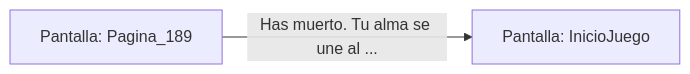
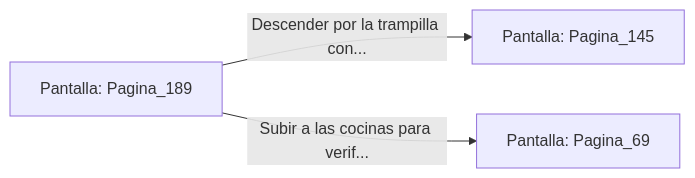
Before and after one commit to metsuke/mpl: the diagram in sample/eligejuego-vault/Pantalla_Pagina_189.md, drawn with Mermaid. The commit also changed other lines of this file and 635 other files, not shown here.

First line of the commit message:
fix: añadir Pagina_1 como pantalla inicial en capitulo_01.mpl

````diff
--- a/sample/eligejuego-vault/Pantalla_Pagina_189.md
+++ b/sample/eligejuego-vault/Pantalla_Pagina_189.md
@@ -17,5 +24,6 @@
 ```mermaid
 graph LR
     P_Pagina_189["Pantalla: Pagina_189"]
-    P_Pagina_189 -->|"Has muerto. Tu alma se une al ..."| P_InicioJuego["Pantalla: InicioJuego"]
+    P_Pagina_189 -->|"Descender por la trampilla con..."| P_Pagina_145["Pantalla: Pagina_145"]
+    P_Pagina_189 -->|"Subir a las cocinas para verif..."| P_Pagina_69["Pantalla: Pagina_69"]
 ```
````
